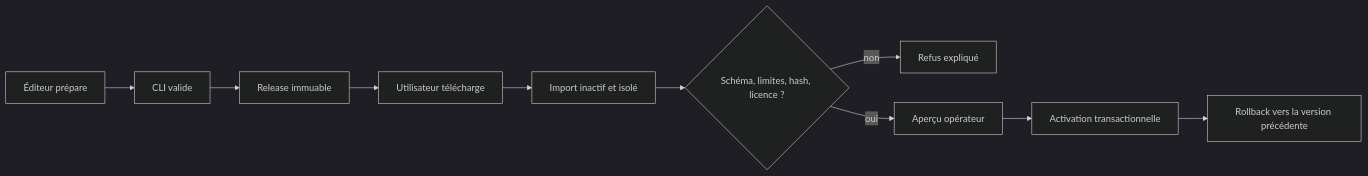
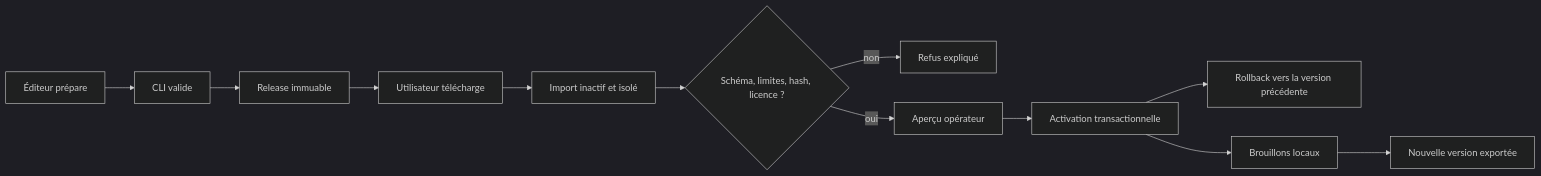
One commit to W-D0n/semantic-engine changed the diagram in docs/integration/context-packages.md. Above: the diagram before and after it, drawn with Mermaid (dark theme). The commit also changed other lines of this file and 18 other files, not shown here.

````diff
--- a/docs/integration/context-packages.md
+++ b/docs/integration/context-packages.md
@@ -123,9 +146,10 @@
 ```mermaid
 flowchart LR
     P["Éditeur prépare"] --> V["CLI valide"] --> R["Release immuable"]
     R --> D["Utilisateur télécharge"] --> I["Import inactif et isolé"]
     I --> Q{"Schéma, limites, hash, licence ?"}
     Q -- non --> X["Refus expliqué"]
     Q -- oui --> A["Aperçu opérateur"] --> T["Activation transactionnelle"]
     T --> B["Rollback vers la version précédente"]
+    T --> E["Brouillons locaux"] --> N["Nouvelle version exportée"]
 ```
````
